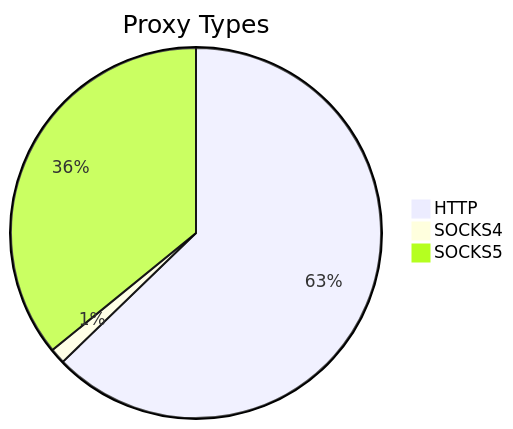
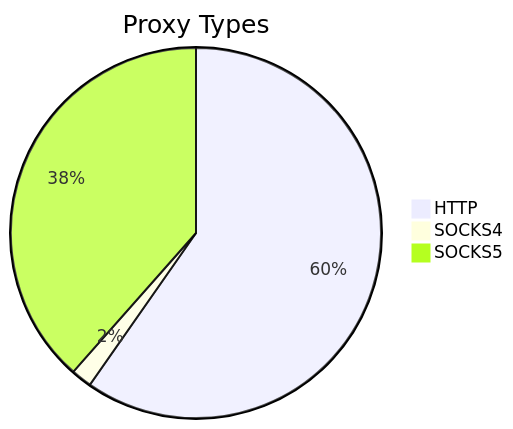
The first of 2 diagrams in README.md (stormsia/proxy-list), drawn with Mermaid before and after one commit. The commit also changed other lines of this file, not shown here.

````diff
--- a/README.md
+++ b/README.md
@@ -21,6 +21,6 @@
 ```mermaid
 pie title Proxy Types
-    "HTTP" : 418
-    "SOCKS4" : 9
-    "SOCKS5" : 239
+    "HTTP" : 329
+    "SOCKS4" : 10
+    "SOCKS5" : 212
 ```
````
